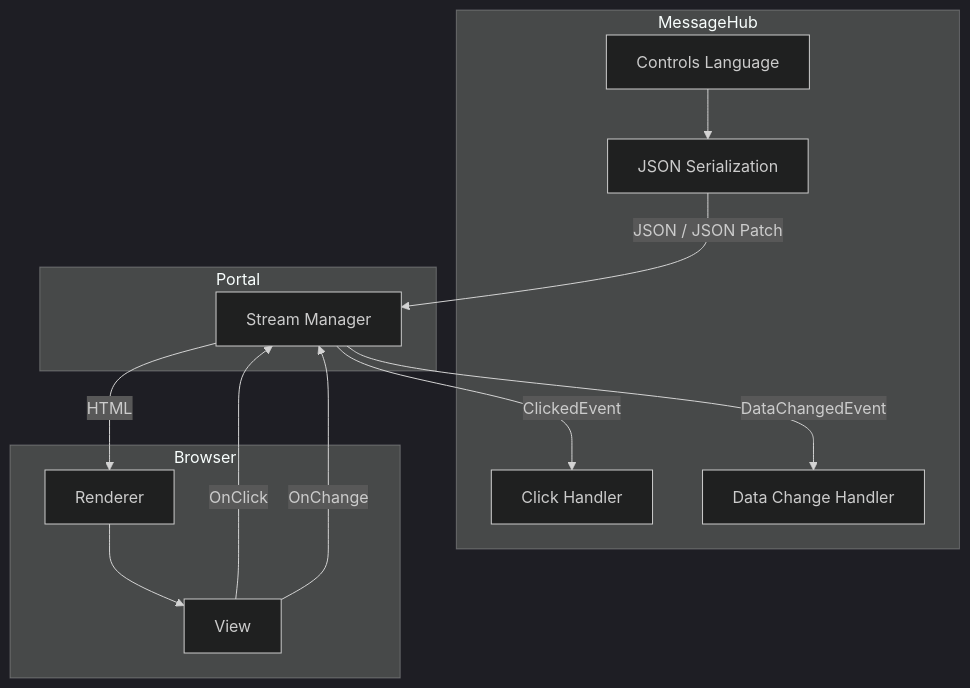
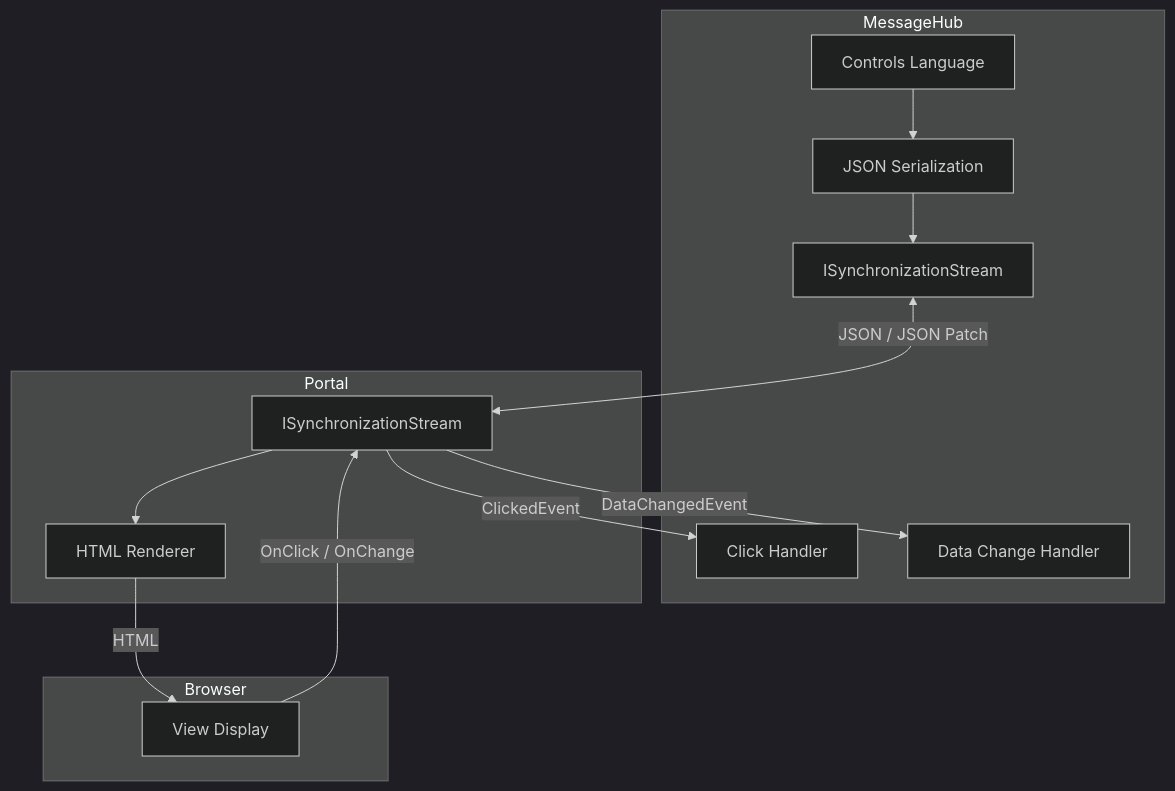
One commit to Systemorph/MeshWeaver changed the first of 2 diagrams in samples/Graph/Data/MeshWeaver/Documentation/Architecture/UserInterface.md. Above: the diagram before and after it, drawn with Mermaid (dark theme). The commit also changed other lines of this file and 1 other file, not shown here.

````diff
--- a/samples/Graph/Data/MeshWeaver/Documentation/Architecture/UserInterface.md
+++ b/samples/Graph/Data/MeshWeaver/Documentation/Architecture/UserInterface.md
@@ -36,23 +36,22 @@
 ```mermaid
 flowchart TB
     subgraph Hub["MessageHub"]
         C[Controls Language]
         C --> J[JSON Serialization]
+        J --> HS[ISynchronizationStream]
         CH[Click Handler]
         DH[Data Change Handler]
     end
     subgraph Portal["Portal"]
-        S[Stream Manager]
+        PS[ISynchronizationStream]
+        PS --> R[HTML Renderer]
     end
     subgraph Browser["Browser"]
-        R[Renderer]
-        V[View]
+        V[View Display]
     end
-    J -->|JSON / JSON Patch| S
-    S -->|HTML| R
-    R --> V
-    V -->|OnClick| S
-    V -->|OnChange| S
-    S -->|ClickedEvent| CH
-    S -->|DataChangedEvent| DH
+    HS <-->|JSON / JSON Patch| PS
+    R -->|HTML| V
+    V -->|OnClick / OnChange| PS
+    PS -->|ClickedEvent| CH
+    PS -->|DataChangedEvent| DH
 ```
````
